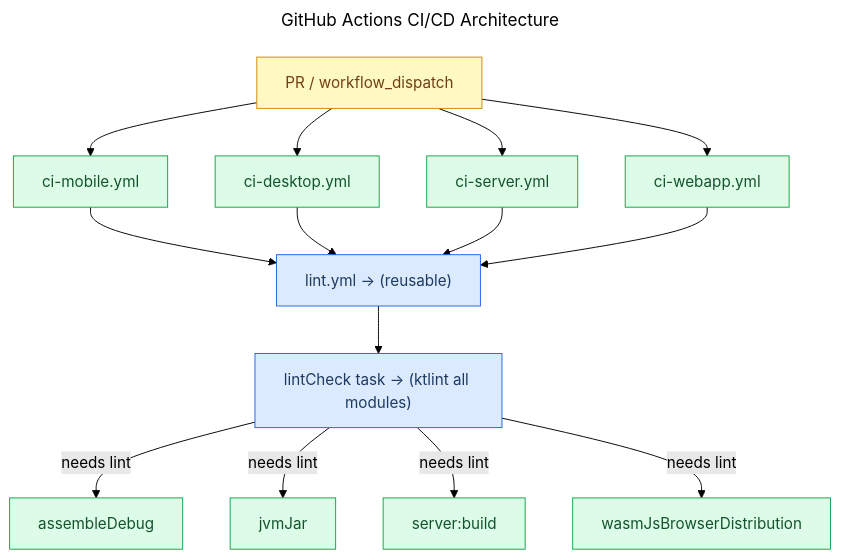
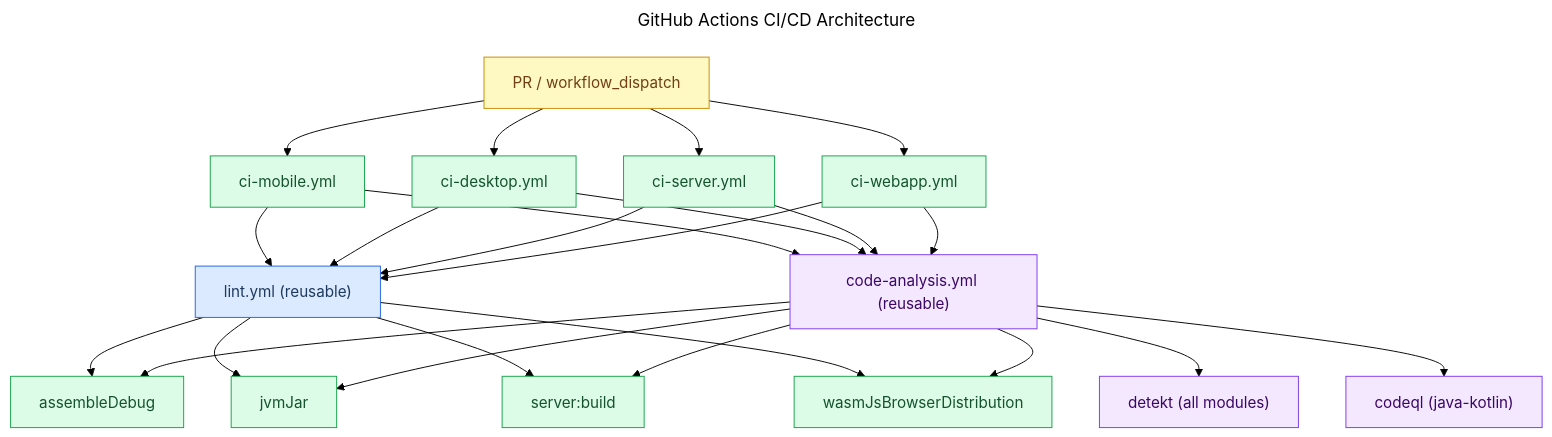
The diagram in docs/technical/ci-cd.md (alopesmendes/TodoistIA), drawn with Mermaid (forest theme) before and after one commit. The commit also changed other lines of this file and 13 other files, not shown here.

Commit message:
:sparkles: feat(#16): add code-analysis workflow + detekt configuration

````diff
--- a/docs/technical/ci-cd.md
+++ b/docs/technical/ci-cd.md
@@ -55,29 +98,40 @@
 ```mermaid
 ---
 title: GitHub Actions CI/CD Architecture
 ---
 %%{init: {'flowchart': {'curve': 'orthogonal'}}}%%
 graph TD
     classDef trigger fill:#fef9c3,stroke:#ca8a04,color:#713f12
     classDef reusable fill:#dbeafe,stroke:#2563eb,color:#1e3a5f
     classDef build fill:#dcfce7,stroke:#16a34a,color:#14532d
+    classDef analysis fill:#f3e8ff,stroke:#7c3aed,color:#3b0764
 
     PR["PR / workflow_dispatch"]:::trigger
 
     PR --> Mobile["ci-mobile.yml"]:::build
     PR --> Desktop["ci-desktop.yml"]:::build
     PR --> Server["ci-server.yml"]:::build
     PR --> Webapp["ci-webapp.yml"]:::build
 
-    Mobile --> Lint["lint.yml -> (reusable)"]:::reusable
+    Mobile --> Lint["lint.yml (reusable)"]:::reusable
     Desktop --> Lint
     Server --> Lint
     Webapp --> Lint
 
-    Lint --> LintCheck["lintCheck task -> (ktlint all modules)"]:::reusable
+    Mobile --> CA["code-analysis.yml (reusable)"]:::analysis
+    Desktop --> CA
+    Server --> CA
+    Webapp --> CA
 
-    LintCheck -->|needs lint| BuildMobile["assembleDebug"]:::build
-    LintCheck -->|needs lint| BuildDesktop["jvmJar"]:::build
-    LintCheck -->|needs lint| BuildServer["server:build"]:::build
-    LintCheck -->|needs lint| BuildWasm["wasmJsBrowserDistribution"]:::build
+    CA --> Detekt["detekt (all modules)"]:::analysis
+    CA --> CodeQL["codeql (java-kotlin)"]:::analysis
+
+    Lint --> BuildMobile["assembleDebug"]:::build
+    CA --> BuildMobile
+    Lint --> BuildDesktop["jvmJar"]:::build
+    CA --> BuildDesktop
+    Lint --> BuildServer["server:build"]:::build
+    CA --> BuildServer
+    Lint --> BuildWasm["wasmJsBrowserDistribution"]:::build
+    CA --> BuildWasm
 ```
````
